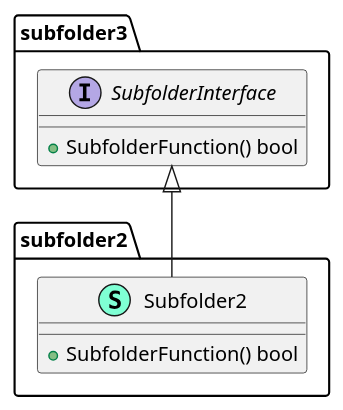
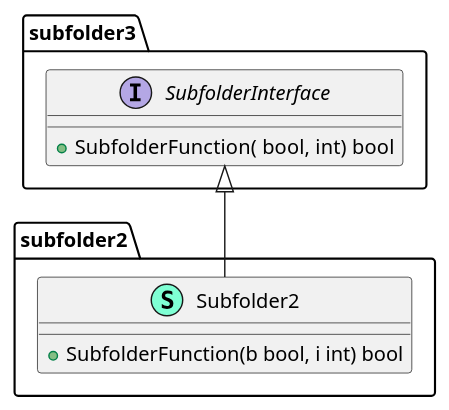
Before and after one commit to thgoexpt/PlantUML-Class-Diagram-Generator-for-golang-projects: the diagram in testingsupport/subfolder1-2.puml, drawn with PlantUML. The commit also changed 2 other files, not shown here.

Commit message:
Function parameters are not correctly rendered Fixes #76 Unnamed parameters were not considered when adding parameters to a Function struct.

```diff
--- a/testingsupport/subfolder1-2.puml
+++ b/testingsupport/subfolder1-2.puml
@@ -1,19 +1,19 @@
 @startuml
 namespace subfolder2 {
     class Subfolder2 << (S,Aquamarine) >> {
-        + SubfolderFunction() bool
+        + SubfolderFunction(b bool, i int) bool
 
     }
 }
 
 "subfolder3.SubfolderInterface" <|-- "subfolder2.Subfolder2"
 
 namespace subfolder3 {
     interface SubfolderInterface  {
-        + SubfolderFunction() bool
+        + SubfolderFunction( bool,  int) bool
 
     }
 }
 
 
 @enduml
```
